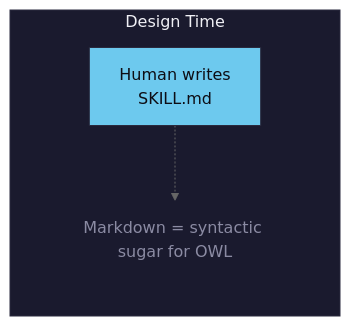
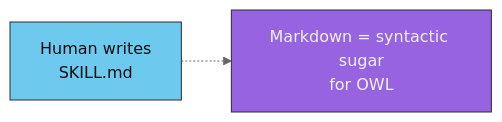
One commit to mareasw/ontoskills changed the second of 5 diagrams in PHILOSOPHY.md. Above: the diagram before and after it, drawn with Mermaid (neutral theme). The commit also changed other lines of this file, not shown here.

First line of the commit message:
docs: flatten all PHILOSOPHY.md diagrams to horizontal layout

````diff
--- a/PHILOSOPHY.md
+++ b/PHILOSOPHY.md
@@ -60,13 +37,7 @@
 ```mermaid
 flowchart LR
-    subgraph DT["Design Time"]
-        MD["Human writes<br/>SKILL.md"]
-        NOTE["Markdown = syntactic sugar for OWL"]
-    end
+    MD["Human writes<br/>SKILL.md"] -.-> NOTE["Markdown = syntactic sugar<br/>for OWL"]
 
-    MD -.-> NOTE
-
-    style DT fill:#1a1a2e,stroke:#2a2a3e,color:#f0f0f5
     style MD fill:#6dc9ee,stroke:#2a2a3e,color:#0d0d14
-    style NOTE fill:#1a1a2e,stroke:none,color:#8b8ba3
+    style NOTE fill:#9763e1,stroke:#2a2a3e,color:#f0f0f5
 ```
````
